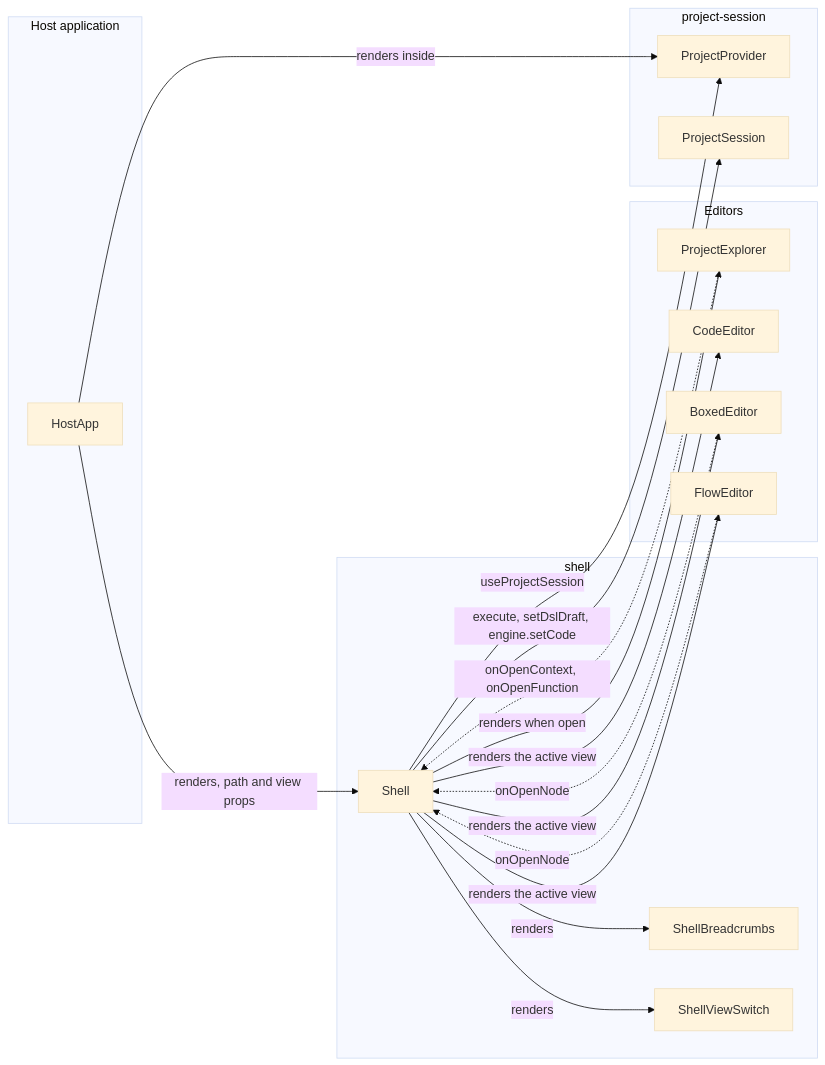
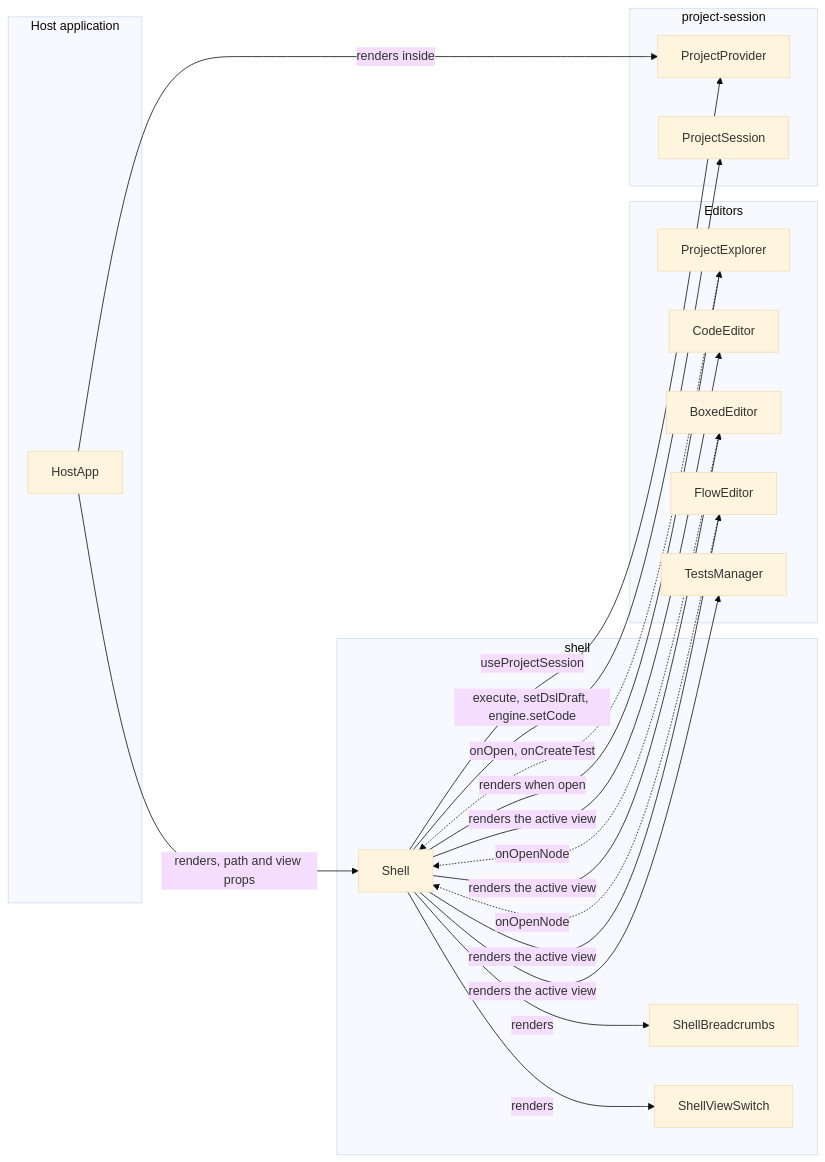
One commit to rimvydasb/edgerules-react changed the first of 3 diagrams in docs/specs/shell-spec.md. Above: the diagram before and after it, drawn with Mermaid (base theme). The commit also changed other lines of this file and 36 other files, not shown here.

Commit message:
project explorer improvements

````diff
--- a/docs/specs/shell-spec.md
+++ b/docs/specs/shell-spec.md
@@ -55,34 +58,36 @@
 ```mermaid
 flowchart LR
     subgraph host["Host application"]
         HostApp["HostApp"]
     end
     subgraph shell["shell"]
         Shell
         ShellBreadcrumbs
         ShellViewSwitch
     end
     subgraph editors["Editors"]
         ProjectExplorer
         CodeEditor
         BoxedEditor
         FlowEditor
+        TestsManager
     end
     subgraph session["project-session"]
         ProjectProvider
         ProjectSession
     end
     HostApp -->|renders inside| ProjectProvider
     HostApp -->|renders, path and view props| Shell
     Shell -->|useProjectSession| ProjectProvider
     Shell -->|renders| ShellBreadcrumbs
     Shell -->|renders| ShellViewSwitch
     Shell -->|renders when open| ProjectExplorer
     Shell -->|renders the active view| CodeEditor
     Shell -->|renders the active view| BoxedEditor
     Shell -->|renders the active view| FlowEditor
+    Shell -->|renders the active view| TestsManager
     Shell -->|execute, setDslDraft, engine.setCode| ProjectSession
-    ProjectExplorer -.->|onOpenContext, onOpenFunction| Shell
+    ProjectExplorer -.->|onOpen, onCreateTest| Shell
     BoxedEditor -.->|onOpenNode| Shell
     FlowEditor -.->|onOpenNode| Shell
 ```
````
